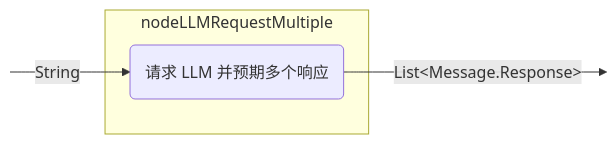
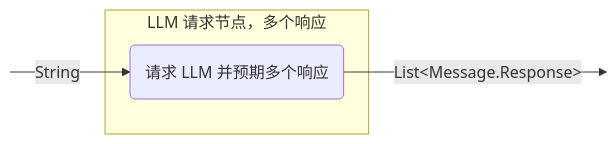
Before and after one commit to BinaryTape/Open-Docs: the ninth of 15 diagrams in docs/koog/nodes-and-components.md, drawn with Mermaid. The commit also changed other lines of this file and 164 other files, not shown here.

````diff
--- a/docs/koog/nodes-and-components.md
+++ b/docs/koog/nodes-and-components.md
@@ -401,13 +400,13 @@
 ```mermaid
 graph LR
     in:::hidden
     out:::hidden
     
-    subgraph node ["nodeLLMRequestMultiple"]
+    subgraph node ["LLM 请求节点，多个响应"]
         execute(请求 LLM 并预期多个响应)
     end
     
     in --String--> execute -- "List&lt;Message.Response&gt;" --> out
 
     classDef hidden display: none;
 ```
````
